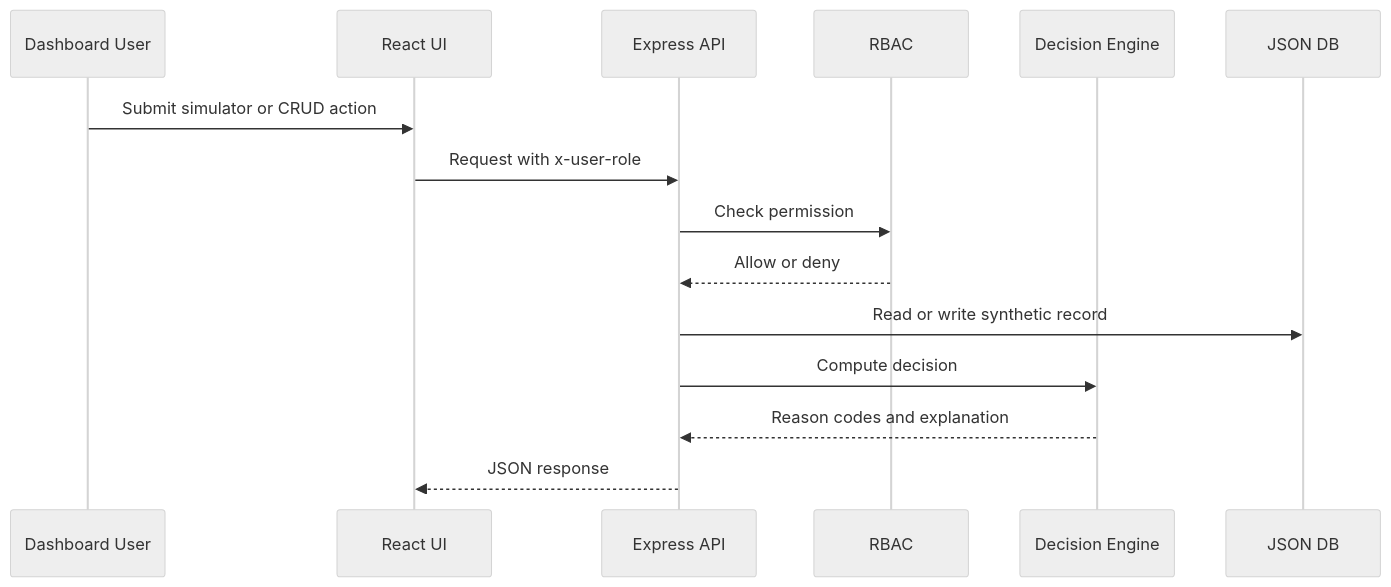
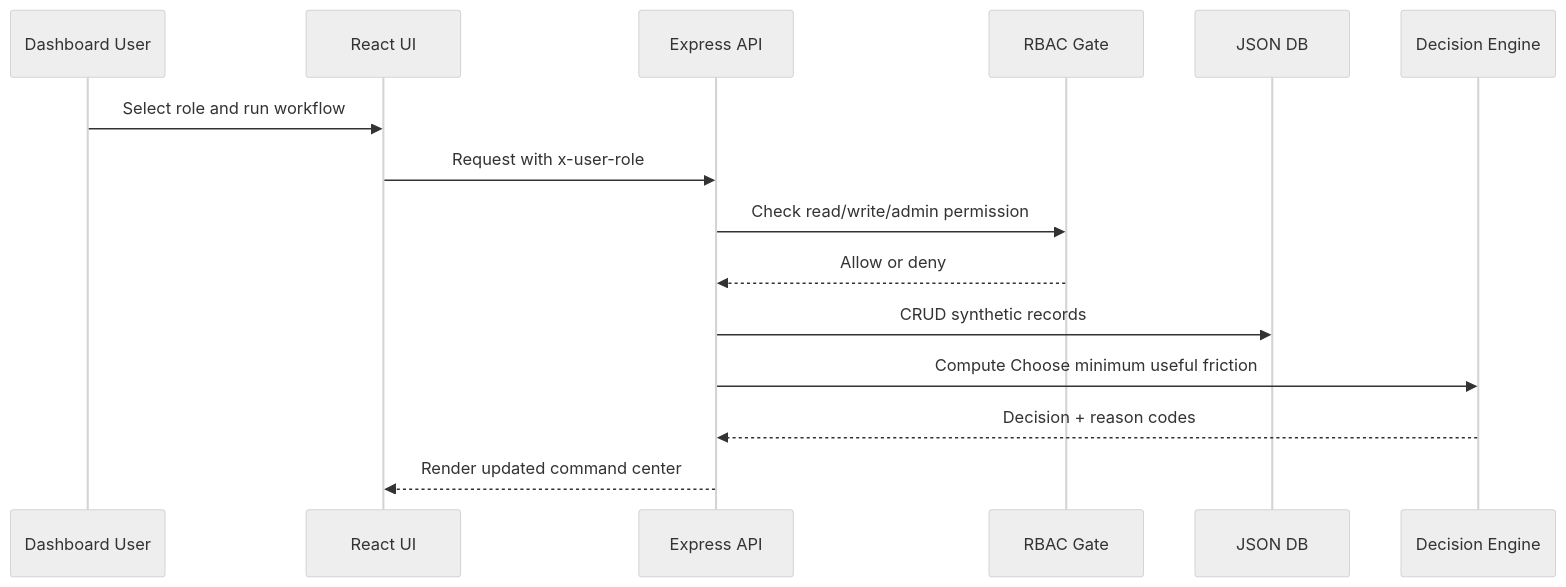
Before and after one commit to jprbom/upi-cognitive-spend-brake: the third of 4 diagrams in docs/DIAGRAMS.md, drawn with Mermaid (neutral theme). The commit also changed other lines of this file and 6 other files, not shown here.

```diff
--- a/docs/DIAGRAMS.md
+++ b/docs/DIAGRAMS.md
@@ -54,17 +56,17 @@
 ~~~mermaid
 sequenceDiagram
   participant User as Dashboard User
   participant UI as React UI
   participant API as Express API
-  participant RBAC as RBAC
+  participant RBAC as RBAC Gate
+  participant DB as JSON DB
   participant Engine as Decision Engine
-  participant DB as JSON DB
-  User->>UI: Submit simulator or CRUD action
+  User->>UI: Select role and run workflow
   UI->>API: Request with x-user-role
-  API->>RBAC: Check permission
+  API->>RBAC: Check read/write/admin permission
   RBAC-->>API: Allow or deny
-  API->>DB: Read or write synthetic record
-  API->>Engine: Compute decision
-  Engine-->>API: Reason codes and explanation
-  API-->>UI: JSON response
+  API->>DB: CRUD synthetic records
+  API->>Engine: Compute Choose minimum useful friction
+  Engine-->>API: Decision + reason codes
+  API-->>UI: Render updated command center
 ~~~
```
